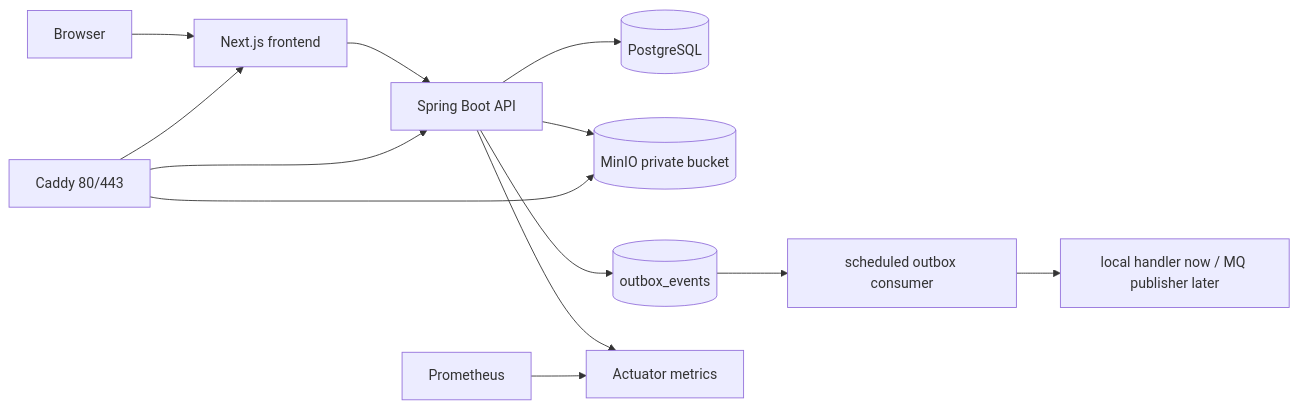
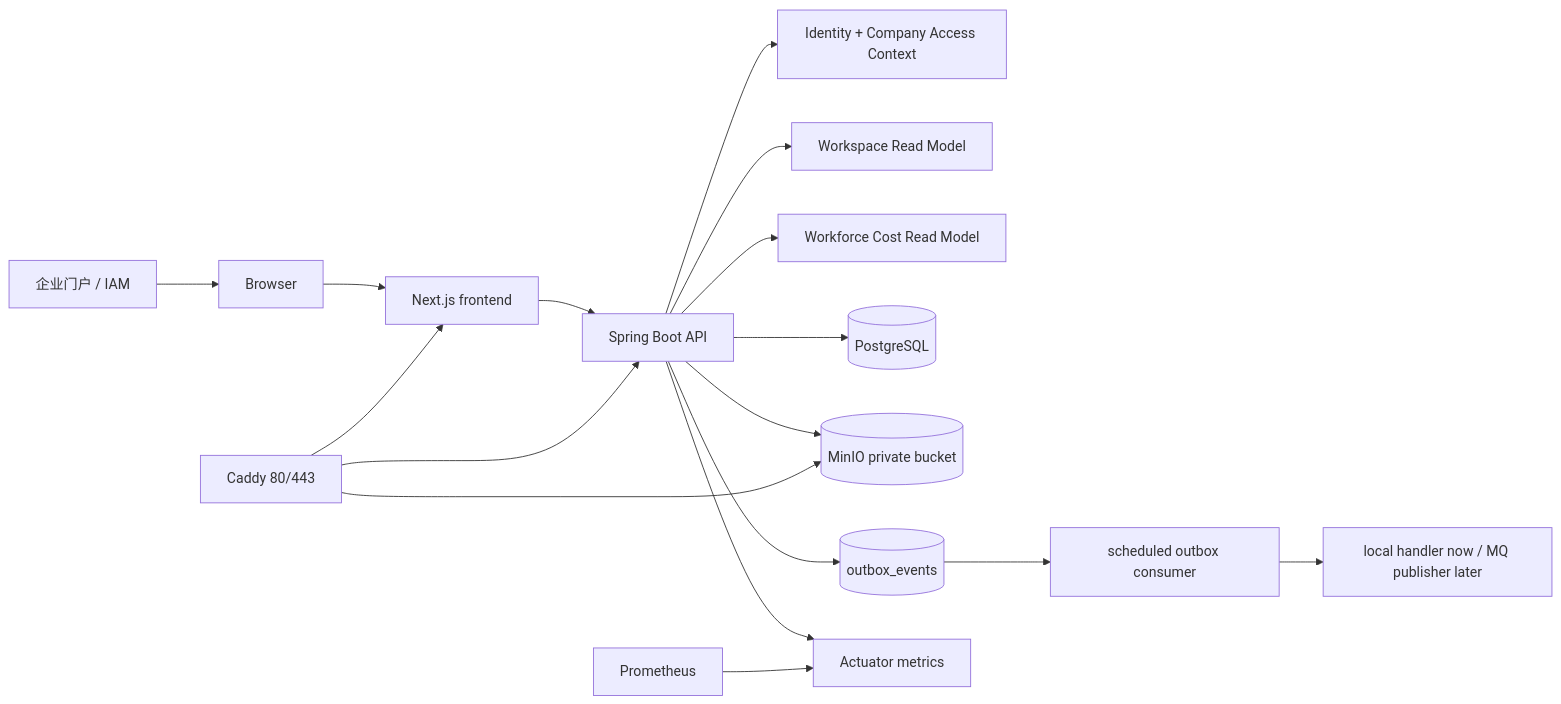
The diagram in README.md (tiammomo/Mamoji), drawn with Mermaid before and after one commit. The commit also changed other lines of this file and 5 other files, not shown here.

````diff
--- a/README.md
+++ b/README.md
@@ -70,15 +95,19 @@
 ```mermaid
 flowchart LR
-    browser[Browser] --> frontend[Next.js frontend]
+    portal[企业门户 / IAM] --> browser[Browser]
+    browser --> frontend[Next.js frontend]
     frontend --> api[Spring Boot API]
+    api --> access[Identity + Company Access Context]
+    api --> workspace[Workspace Read Model]
+    api --> workforce[Workforce Cost Read Model]
     api --> postgres[(PostgreSQL)]
     api --> minio[(MinIO private bucket)]
     api --> outbox[(outbox_events)]
     outbox --> worker[scheduled outbox consumer]
     worker --> handler[local handler now / MQ publisher later]
     api --> actuator[Actuator metrics]
     prometheus[Prometheus] --> actuator
     caddy[Caddy 80/443] --> frontend
     caddy --> api
     caddy --> minio
 ```
````
